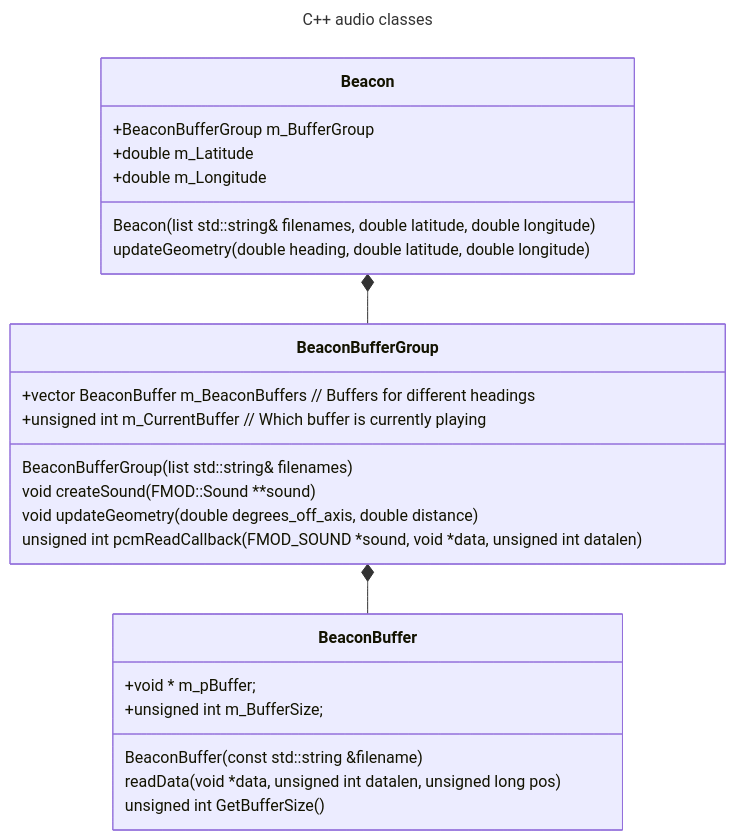
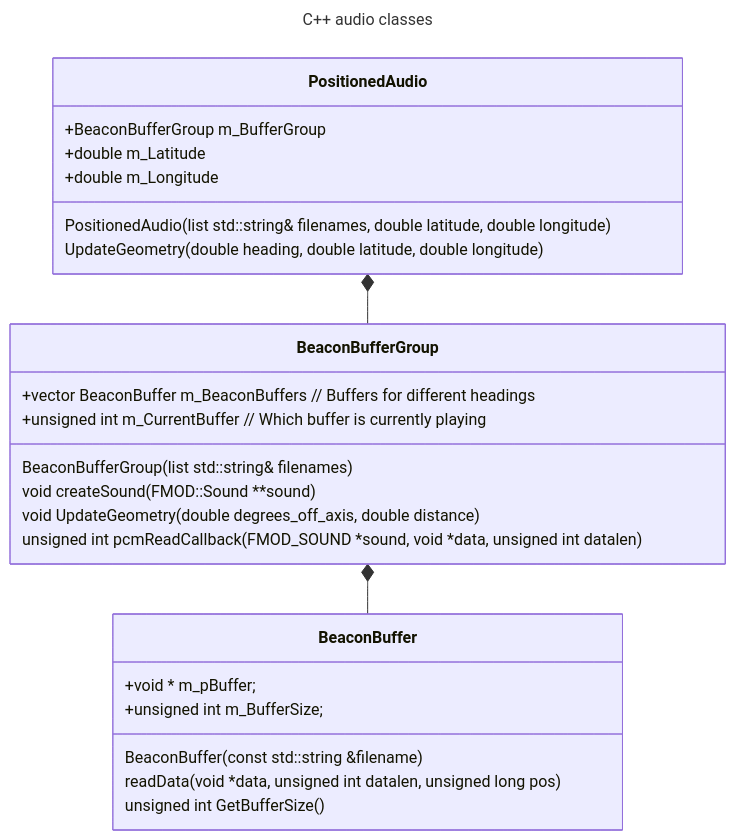
One commit to davecraig/SoundscapeAlpha changed the second of 2 diagrams in app/docs/audio-API.md. Above: the diagram before and after it, drawn with Mermaid. The commit also changed other lines of this file and 10 other files, not shown here.

````diff
--- a/app/docs/audio-API.md
+++ b/app/docs/audio-API.md
@@ -110,35 +110,35 @@
 ```mermaid
 ---
 title: C++ audio classes
 ---
 classDiagram
 
     class BeaconBuffer{
         +void * m_pBuffer;
         +unsigned int m_BufferSize;
 
         BeaconBuffer(const std::string &filename)
         readData(void *data, unsigned int datalen, unsigned long pos)
         unsigned int GetBufferSize()    
     }
     
     class BeaconBufferGroup{
         BeaconBufferGroup(list std::string& filenames)
         void createSound(FMOD::Sound **sound)
-        void updateGeometry(double degrees_off_axis, double distance)
+        void UpdateGeometry(double degrees_off_axis, double distance)
         unsigned int pcmReadCallback(FMOD_SOUND *sound, void *data, unsigned int datalen)
         +vector BeaconBuffer m_BeaconBuffers // Buffers for different headings
         +unsigned int m_CurrentBuffer // Which buffer is currently playing
     }
 
-    class Beacon{
-        Beacon(list std::string& filenames, double latitude, double longitude)
-        updateGeometry(double heading, double latitude, double longitude)
+    class PositionedAudio{
+        PositionedAudio(list std::string& filenames, double latitude, double longitude)
+        UpdateGeometry(double heading, double latitude, double longitude)
         +BeaconBufferGroup m_BufferGroup
         +double m_Latitude
         +double m_Longitude
     }
     
     BeaconBufferGroup *-- BeaconBuffer
-    Beacon *-- BeaconBufferGroup
+    PositionedAudio *-- BeaconBufferGroup
 ```
````
